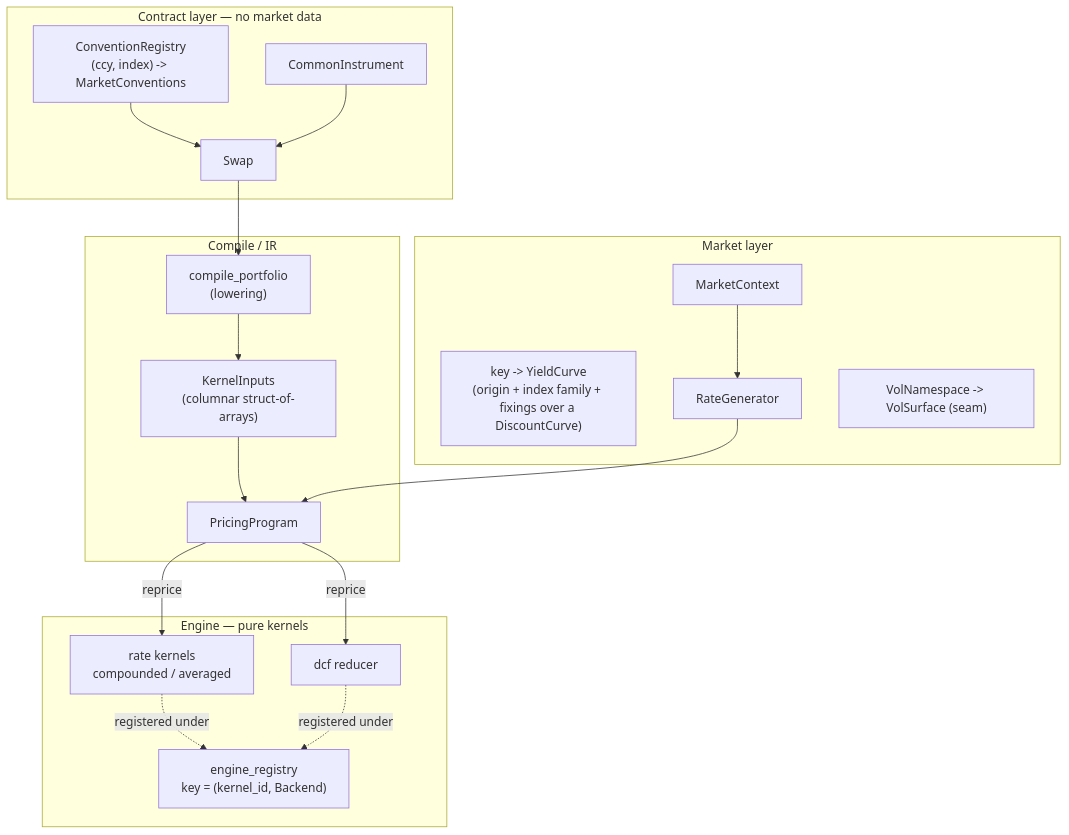
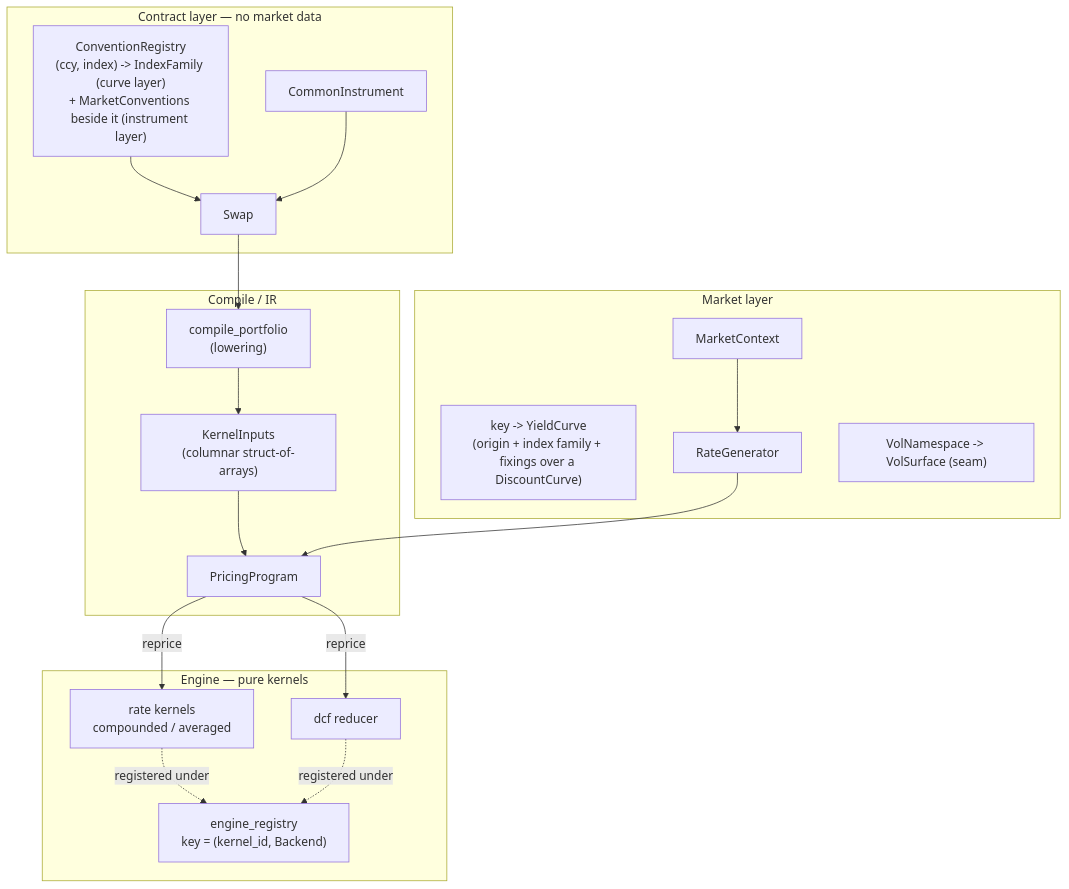
Before and after one commit to rudetastic13/quant-toolkit: the second of 4 diagrams in docs/pricing_architecture.md, drawn with Mermaid. The commit also changed other lines of this file and 10 other files, not shown here.

First line of the commit message:
Conventions: the curve layer registers index families; leg/product conventions move to instruments.conventions

````diff
--- a/docs/pricing_architecture.md
+++ b/docs/pricing_architecture.md
@@ -87,33 +87,33 @@
 ```mermaid
 flowchart TB
     subgraph CONTRACT["Contract layer — no market data"]
-        CONV["ConventionRegistry<br/>(ccy, index) -> MarketConventions"]
+        CONV["ConventionRegistry<br/>(ccy, index) -> IndexFamily (curve layer)<br/>+ MarketConventions beside it (instrument layer)"]
         CI["CommonInstrument"]
         RS2["Swap"]
     end
     subgraph MARKET["Market layer"]
         MC["MarketContext"]
         CN["key -> YieldCurve<br/>(origin + index family + fixings over a DiscountCurve)"]
         RG["RateGenerator"]
         VN["VolNamespace -> VolSurface (seam)"]
     end
     subgraph COMPILE["Compile / IR"]
         CMP["compile_portfolio<br/>(lowering)"]
         KI["KernelInputs<br/>(columnar struct-of-arrays)"]
         PP2["PricingProgram"]
     end
     subgraph ENGINE["Engine — pure kernels"]
         REG["engine_registry<br/>key = (kernel_id, Backend)"]
         RK["rate kernels<br/>compounded / averaged"]
         DCF["dcf reducer"]
     end
 
     CONV --> RS2
     CI --> RS2
     RS2 --> CMP --> KI --> PP2
     MC --> RG --> PP2
     PP2 -- "reprice" --> RK
     PP2 -- "reprice" --> DCF
     RK -. "registered under" .-> REG
     DCF -. "registered under" .-> REG
 ```
````
